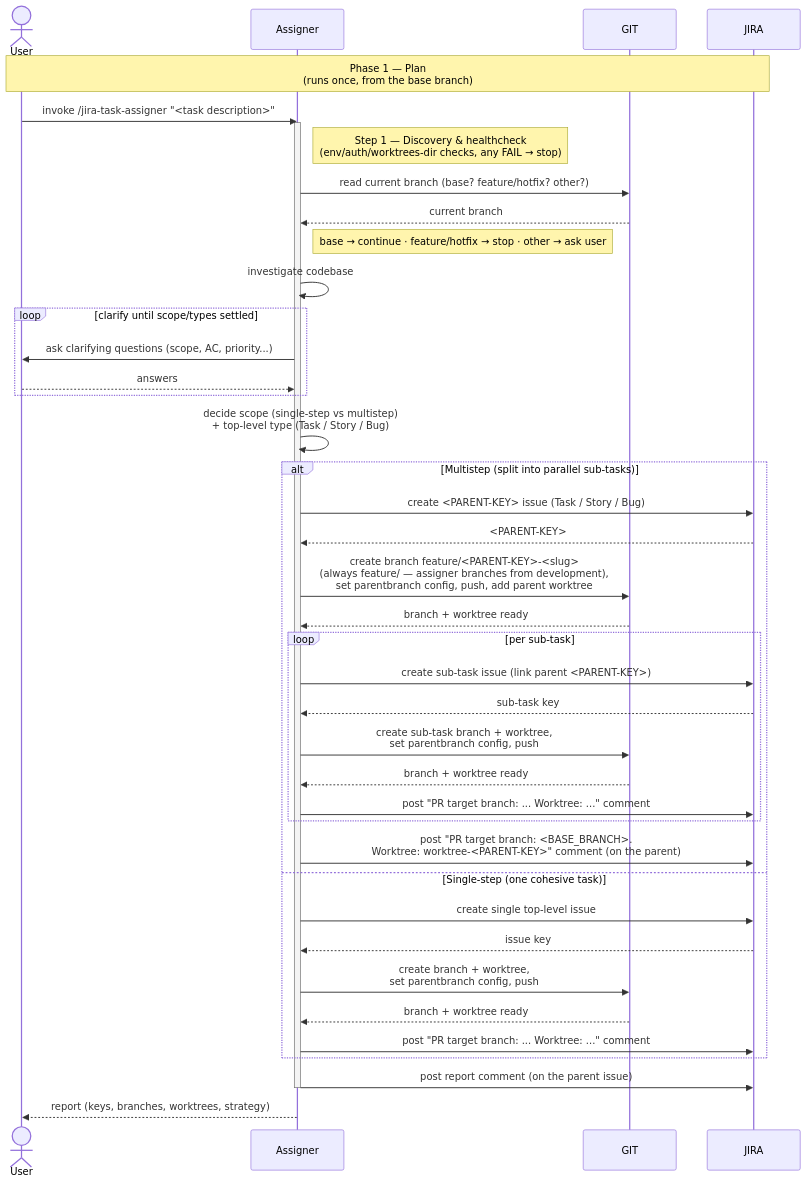
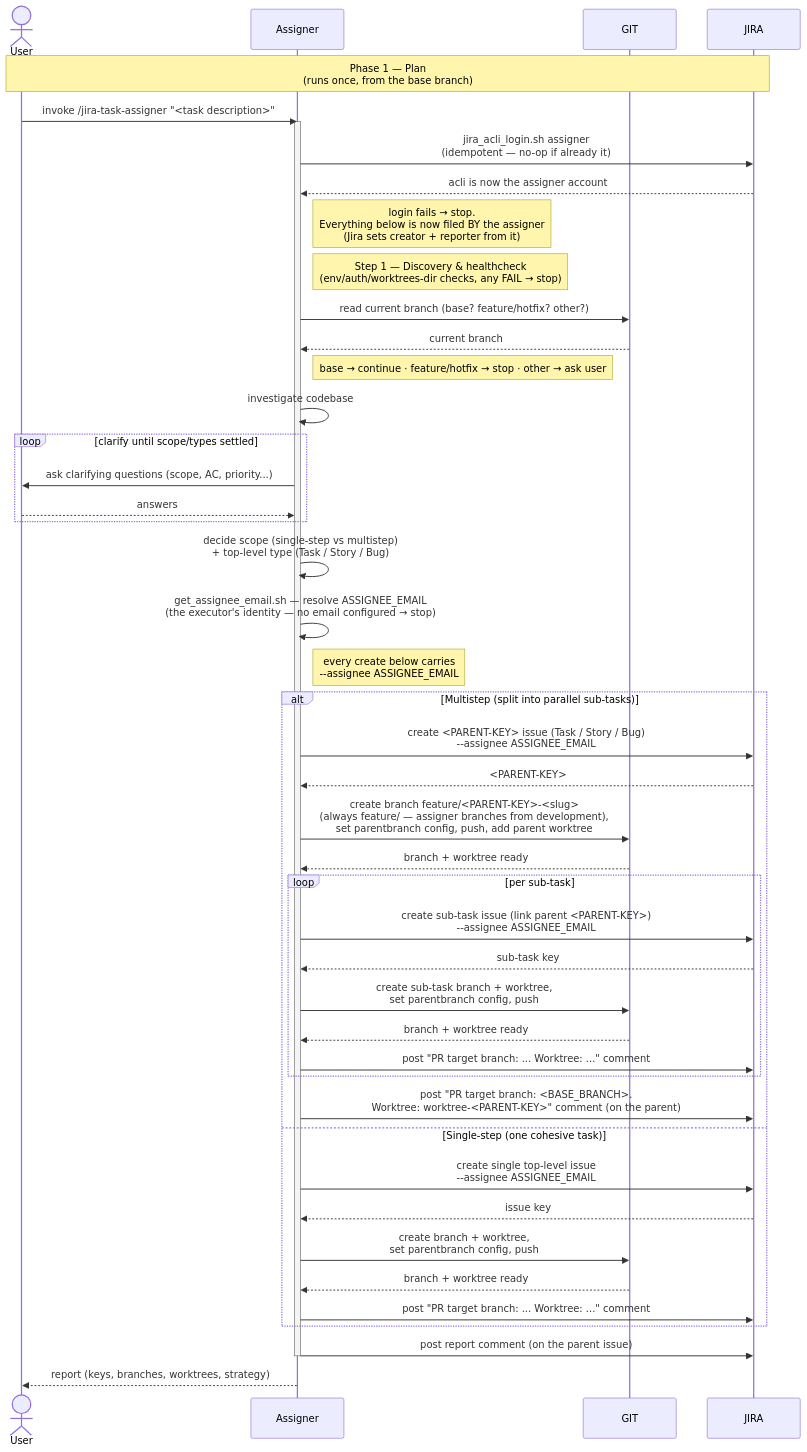
One commit to kantorv/jira-sdlc-tools changed the diagram in plugins/jira-sdlc/docs/TASK-LIFECYCLE-PHASE-1.md. Above: the diagram before and after it, drawn with Mermaid. The commit also changed other lines of this file and 3 other files, not shown here.

First line of the commit message:
JST-82 Document the two acli gotchas; fix identity drift in all 3 phase docs

````diff
--- a/plugins/jira-sdlc/docs/TASK-LIFECYCLE-PHASE-1.md
+++ b/plugins/jira-sdlc/docs/TASK-LIFECYCLE-PHASE-1.md
@@ -25,49 +25,55 @@
 ```mermaid
 sequenceDiagram
     actor User
     participant Assigner
     participant GIT
     participant JIRA
 
     Note over User,JIRA: Phase 1 — Plan<br/>(runs once, from the base branch)
     User->>Assigner: invoke /jira-task-assigner "<task description>"
 
     activate Assigner
+    Assigner->>JIRA: jira_acli_login.sh assigner<br/>(idempotent — no-op if already it)
+    JIRA-->>Assigner: acli is now the assigner account
+    Note right of Assigner: login fails → stop.<br/>Everything below is now filed BY the assigner<br/>(Jira sets creator + reporter from it)
     Note right of Assigner: Step 1 — Discovery & healthcheck<br/>(env/auth/worktrees-dir checks, any FAIL → stop)
     Assigner->>GIT: read current branch (base? feature/hotfix? other?)
     GIT-->>Assigner: current branch
     Note right of Assigner: base → continue · feature/hotfix → stop · other → ask user
     Assigner->>Assigner: investigate codebase
 
     loop clarify until scope/types settled
         Assigner->>User: ask clarifying questions (scope, AC, priority...)
         User-->>Assigner: answers
     end
 
     Assigner->>Assigner: decide scope (single-step vs multistep)<br/>+ top-level type (Task / Story / Bug)
 
+    Assigner->>Assigner: get_assignee_email.sh — resolve ASSIGNEE_EMAIL<br/>(the executor's identity — no email configured → stop)
+    Note right of Assigner: every create below carries<br/>--assignee ASSIGNEE_EMAIL
+
     alt Multistep (split into parallel sub-tasks)
-        Assigner->>JIRA: create <PARENT-KEY> issue (Task / Story / Bug)
+        Assigner->>JIRA: create <PARENT-KEY> issue (Task / Story / Bug)<br/>--assignee ASSIGNEE_EMAIL
         JIRA-->>Assigner: <PARENT-KEY>
         Assigner->>GIT: create branch feature/<PARENT-KEY>-<slug><br/>(always feature/ — assigner branches from development),<br/>set parentbranch config, push, add parent worktree
         GIT-->>Assigner: branch + worktree ready
         loop per sub-task
-            Assigner->>JIRA: create sub-task issue (link parent <PARENT-KEY>)
+            Assigner->>JIRA: create sub-task issue (link parent <PARENT-KEY>)<br/>--assignee ASSIGNEE_EMAIL
             JIRA-->>Assigner: sub-task key
             Assigner->>GIT: create sub-task branch + worktree,<br/>set parentbranch config, push
             GIT-->>Assigner: branch + worktree ready
             Assigner->>JIRA: post "PR target branch: ... Worktree: ..." comment
         end
         Assigner->>JIRA: post "PR target branch: <BASE_BRANCH>.<br/>Worktree: worktree-<PARENT-KEY>" comment (on the parent)
     else Single-step (one cohesive task)
-        Assigner->>JIRA: create single top-level issue
+        Assigner->>JIRA: create single top-level issue<br/>--assignee ASSIGNEE_EMAIL
         JIRA-->>Assigner: issue key
         Assigner->>GIT: create branch + worktree,<br/>set parentbranch config, push
         GIT-->>Assigner: branch + worktree ready
         Assigner->>JIRA: post "PR target branch: ... Worktree: ..." comment
     end
     Assigner->>JIRA: post report comment (on the parent issue)
     deactivate Assigner
 
     Assigner-->>User: report (keys, branches, worktrees, strategy)
 ```
````
